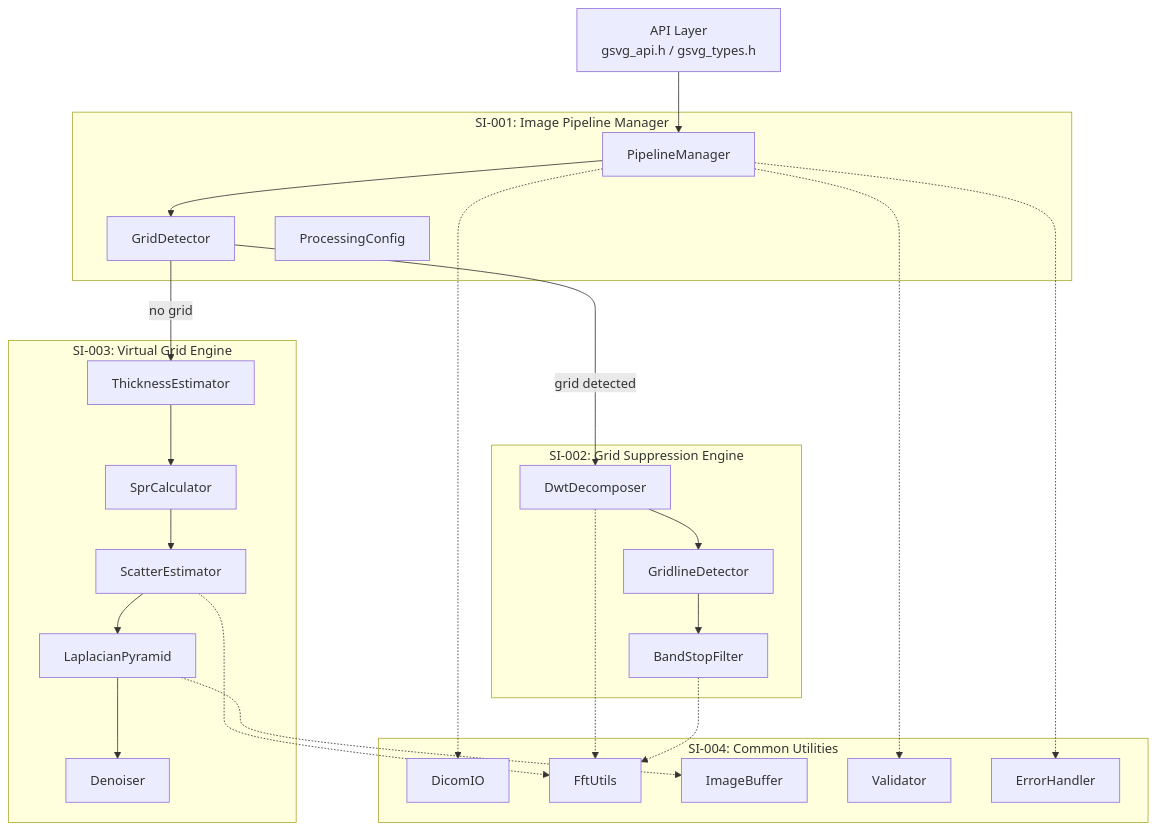
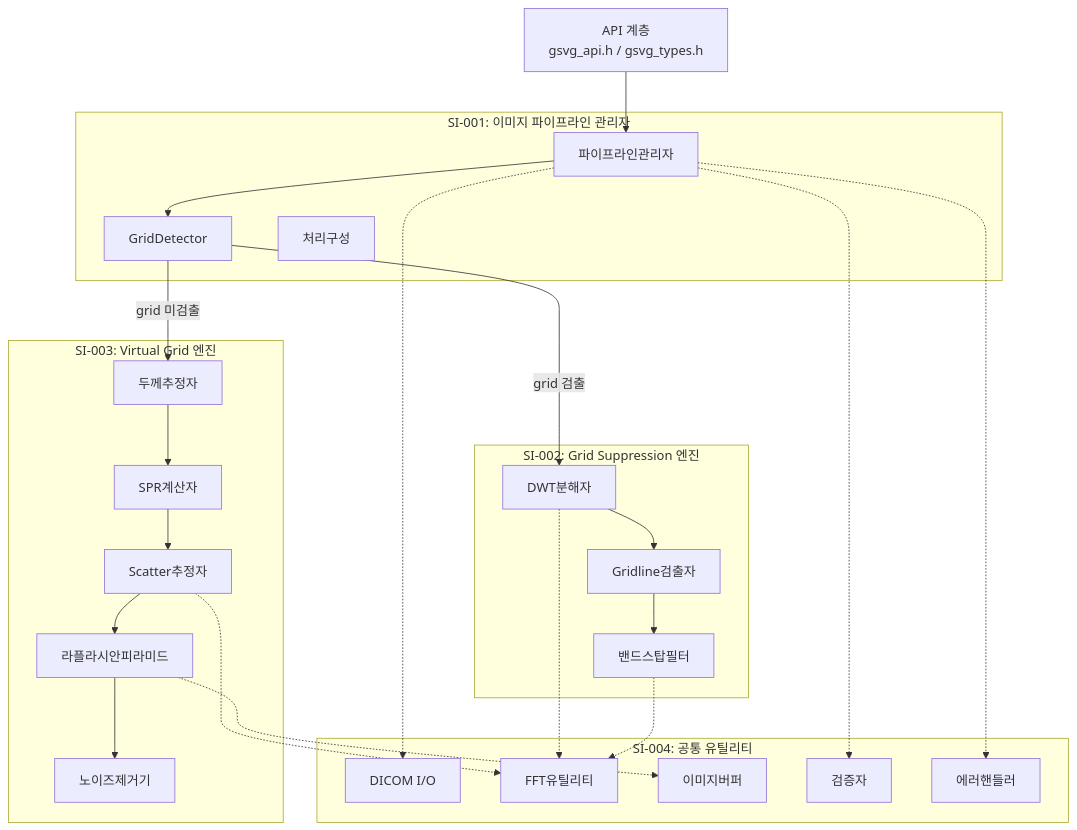
The second of 6 diagrams in docs/post-processing/gsvg/GSVG-SAD-001_Architecture.md (holee9/image-processing), drawn with Mermaid before and after one commit. The commit also changed other lines of this file and 51 other files, not shown here.

````diff
--- a/docs/post-processing/gsvg/GSVG-SAD-001_Architecture.md
+++ b/docs/post-processing/gsvg/GSVG-SAD-001_Architecture.md
@@ -35,49 +35,49 @@
 ```mermaid
 graph TD
-    API[API Layer<br/>gsvg_api.h / gsvg_types.h]
+    API[API 계층<br/>gsvg_api.h / gsvg_types.h]
     
-    subgraph "SI-001: Image Pipeline Manager"
-        PM[PipelineManager]
+    subgraph "SI-001: 이미지 파이프라인 관리자"
+        PM[파이프라인관리자]
         DETECT[GridDetector]
-        CFG[ProcessingConfig]
+        CFG[처리구성]
     end
     
-    subgraph "SI-002: Grid Suppression Engine"
-        DWT[DwtDecomposer]
-        GDET[GridlineDetector]
-        BSF[BandStopFilter]
+    subgraph "SI-002: Grid Suppression 엔진"
+        DWT[DWT분해자]
+        GDET[Gridline검출자]
+        BSF[밴드스탑필터]
     end
     
-    subgraph "SI-003: Virtual Grid Engine"
-        THICK[ThicknessEstimator]
-        SPR[SprCalculator]
-        SCAT[ScatterEstimator]
-        LAP[LaplacianPyramid]
-        DENOISE[Denoiser]
+    subgraph "SI-003: Virtual Grid 엔진"
+        THICK[두께추정자]
+        SPR[SPR계산자]
+        SCAT[Scatter추정자]
+        LAP[라플라시안피라미드]
+        DENOISE[노이즈제거기]
     end
     
-    subgraph "SI-004: Common Utilities"
-        DICOM_IO[DicomIO]
-        FFT_UTIL[FftUtils]
-        IMG_BUF[ImageBuffer]
-        VALID[Validator]
-        ERR[ErrorHandler]
+    subgraph "SI-004: 공통 유틸리티"
+        DICOM_IO[DICOM I/O]
+        FFT_UTIL[FFT유틸리티]
+        IMG_BUF[이미지버퍼]
+        VALID[검증자]
+        ERR[에러핸들러]
     end
     
     API --> PM
     PM --> DETECT
-    DETECT -->|grid detected| DWT
-    DETECT -->|no grid| THICK
+    DETECT -->|grid 검출| DWT
+    DETECT -->|grid 미검출| THICK
     
     DWT --> GDET --> BSF
     THICK --> SPR --> SCAT
     SCAT --> LAP --> DENOISE
     
     DWT -.-> FFT_UTIL
     BSF -.-> FFT_UTIL
     LAP -.-> IMG_BUF
     SCAT -.-> FFT_UTIL
     PM -.-> DICOM_IO
     PM -.-> VALID
     PM -.-> ERR
 ```
````
